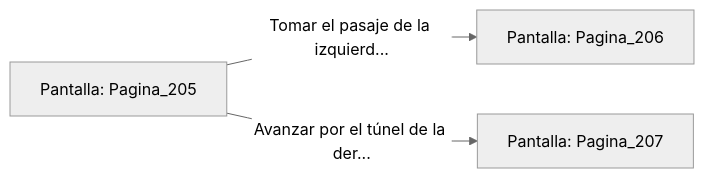
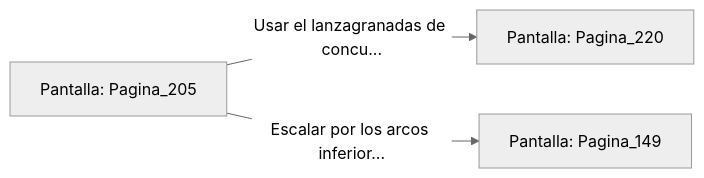
One commit to metsuke/mpl changed the diagram in sample/eligejuego-vault/Pantalla_Pagina_205.md. Above: the diagram before and after it, drawn with Mermaid (neutral theme). The commit also changed other lines of this file and 635 other files, not shown here.

First line of the commit message:
fix: añadir Pagina_1 como pantalla inicial en capitulo_01.mpl

````diff
--- a/sample/eligejuego-vault/Pantalla_Pagina_205.md
+++ b/sample/eligejuego-vault/Pantalla_Pagina_205.md
@@ -20,6 +24,6 @@
 ```mermaid
 graph LR
     P_Pagina_205["Pantalla: Pagina_205"]
-    P_Pagina_205 -->|"Tomar el pasaje de la izquierd..."| P_Pagina_206["Pantalla: Pagina_206"]
-    P_Pagina_205 -->|"Avanzar por el túnel de la der..."| P_Pagina_207["Pantalla: Pagina_207"]
+    P_Pagina_205 -->|"Usar el lanzagranadas de concu..."| P_Pagina_220["Pantalla: Pagina_220"]
+    P_Pagina_205 -->|"Escalar por los arcos inferior..."| P_Pagina_149["Pantalla: Pagina_149"]
 ```
````
